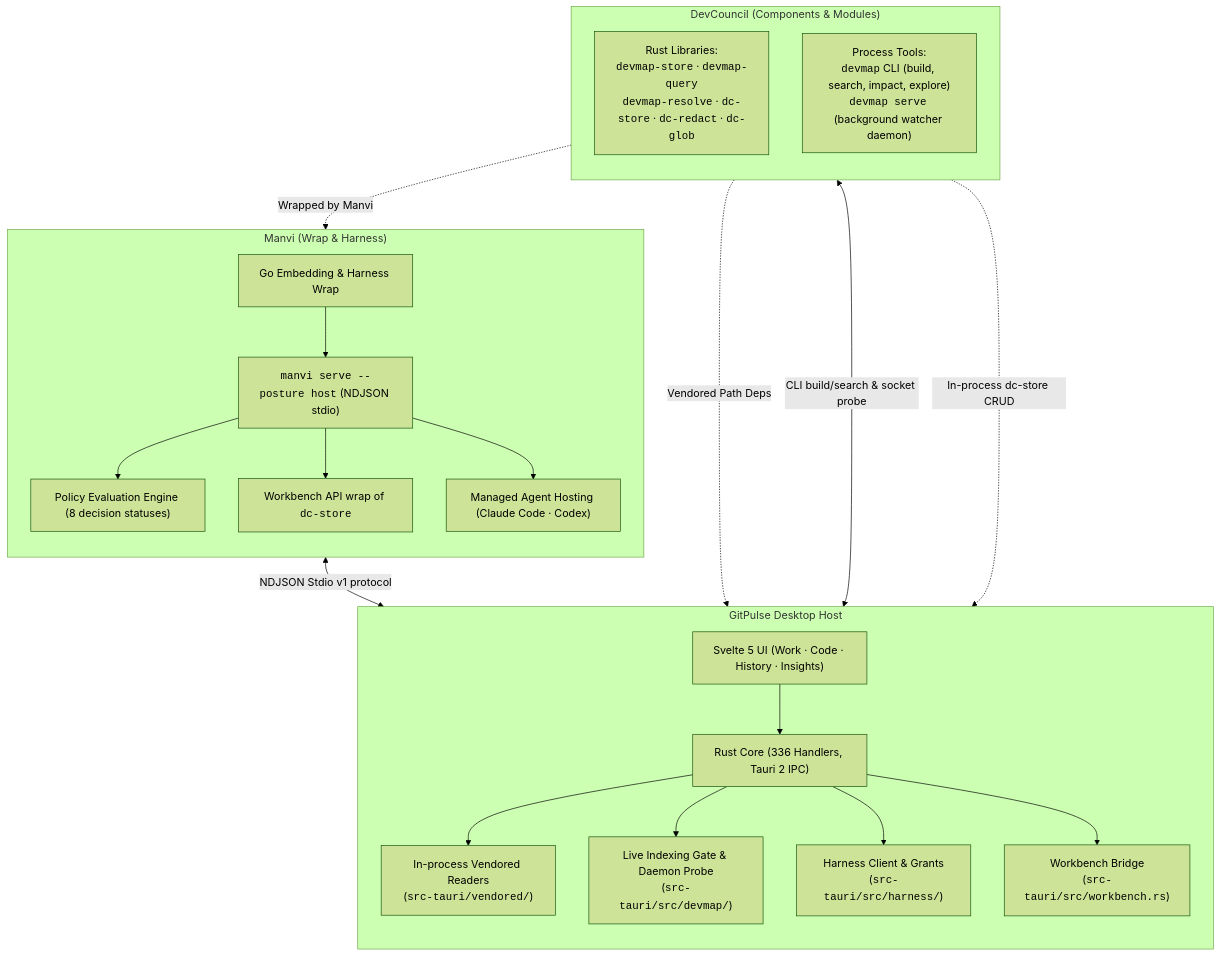
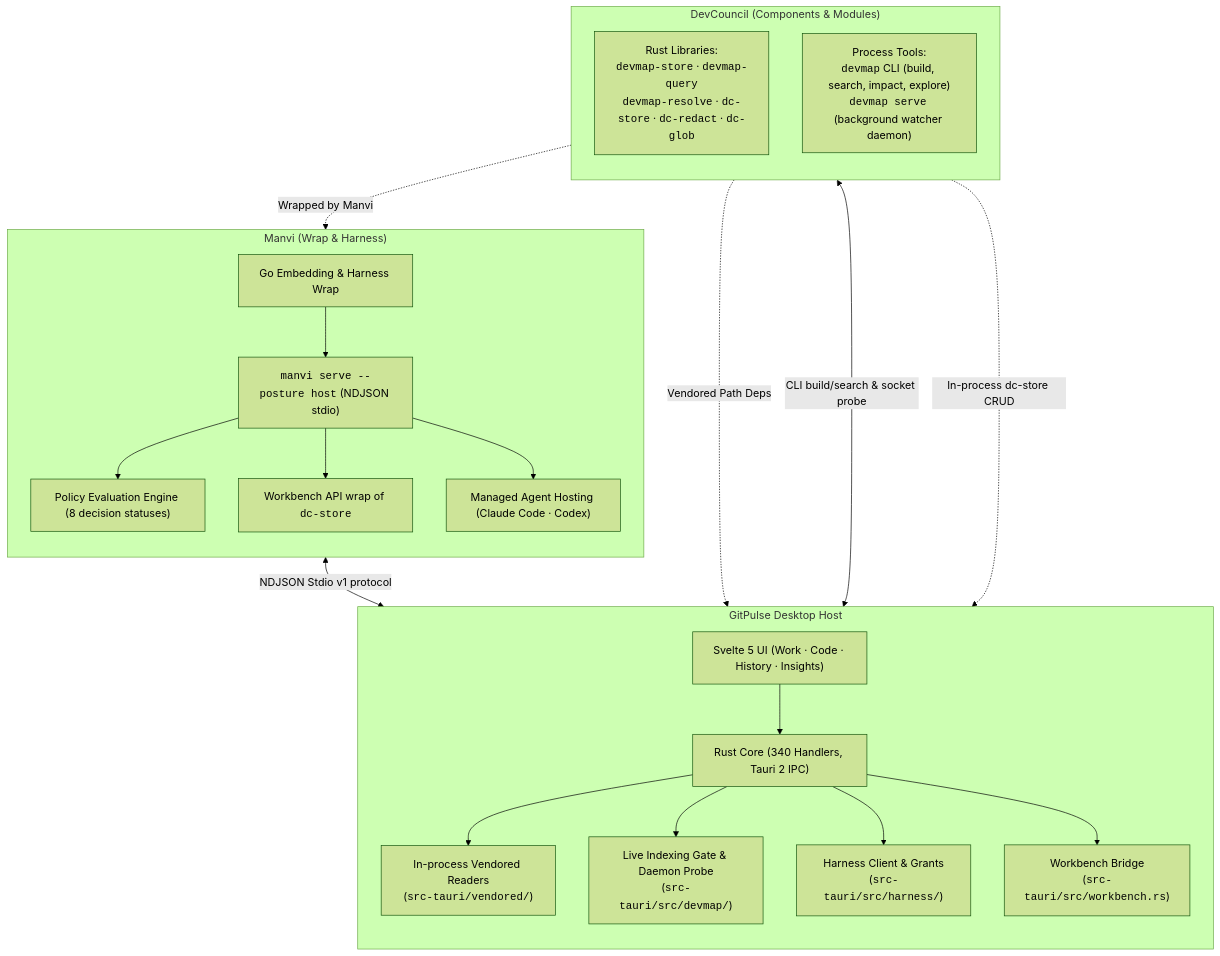
One commit to bharathvbcr/GitPulse changed the first of 3 diagrams in docs/MODULE_INTEGRATION.md. Above: the diagram before and after it, drawn with Mermaid (forest theme). The commit also changed 54 other files, not shown here.

````diff
--- a/docs/MODULE_INTEGRATION.md
+++ b/docs/MODULE_INTEGRATION.md
@@ -40,43 +40,43 @@
 ```mermaid
 flowchart TD
     subgraph DevCouncil["DevCouncil (Components & Modules)"]
         direction TB
         DCLibs["Rust Libraries:<br/><code>devmap-store</code> · <code>devmap-query</code><br/><code>devmap-resolve</code> · <code>dc-store</code> · <code>dc-redact</code> · <code>dc-glob</code>"]
         DCCLI["Process Tools:<br/><code>devmap</code> CLI (build, search, impact, explore)<br/><code>devmap serve</code> (background watcher daemon)"]
     end
 
     subgraph Manvi["Manvi (Wrap & Harness)"]
         direction TB
         ManviWrap["Go Embedding & Harness Wrap"]
         ManviSidecar["<code>manvi serve --posture host</code> (NDJSON stdio)"]
         ManviPolicy["Policy Evaluation Engine (8 decision statuses)"]
         ManviWorkbench["Workbench API wrap of <code>dc-store</code>"]
         ManviAgents["Managed Agent Hosting (Claude Code · Codex)"]
         ManviWrap --> ManviSidecar
         ManviSidecar --> ManviPolicy
         ManviSidecar --> ManviWorkbench
         ManviSidecar --> ManviAgents
     end
 
     subgraph GitPulseHost["GitPulse Desktop Host"]
         direction TB
         UIHost["Svelte 5 UI (Work · Code · History · Insights)"]
-        RustIPC["Rust Core (336 Handlers, Tauri 2 IPC)"]
+        RustIPC["Rust Core (340 Handlers, Tauri 2 IPC)"]
         InProcessReaders["In-process Vendored Readers<br/>(<code>src-tauri/vendored/</code>)"]
         CLIGate["Live Indexing Gate & Daemon Probe<br/>(<code>src-tauri/src/devmap/</code>)"]
         HarnessClient["Harness Client & Grants<br/>(<code>src-tauri/src/harness/</code>)"]
         WorkbenchCmd["Workbench Bridge<br/>(<code>src-tauri/src/workbench.rs</code>)"]
 
         UIHost --> RustIPC
         RustIPC --> InProcessReaders
         RustIPC --> CLIGate
         RustIPC --> HarnessClient
         RustIPC --> WorkbenchCmd
     end
 
     DCLibs -.->|Vendored Path Deps| InProcessReaders
     DCCLI <-->|CLI build/search & socket probe| CLIGate
     DCLibs -.->|Wrapped by Manvi| ManviWorkbench
     ManviSidecar <-->|NDJSON Stdio v1 protocol| HarnessClient
     DCLibs -.->|In-process dc-store CRUD| WorkbenchCmd
 ```
````
